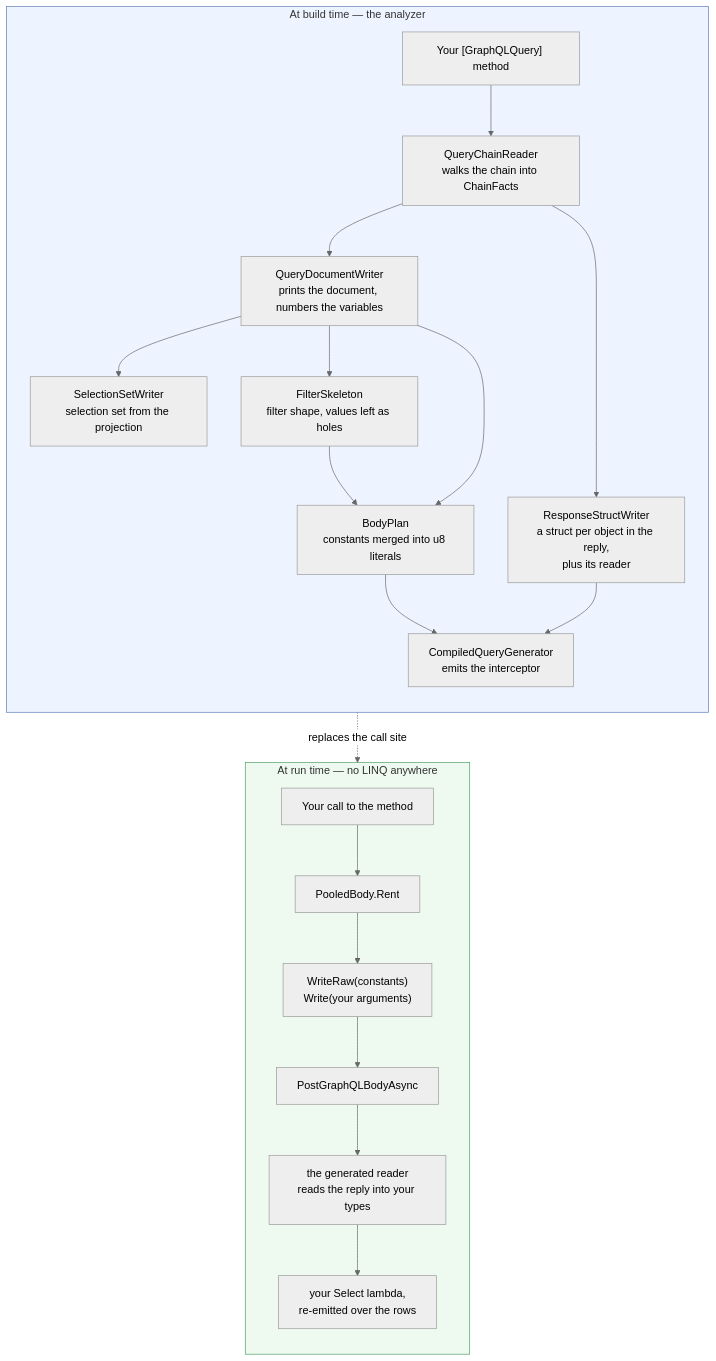
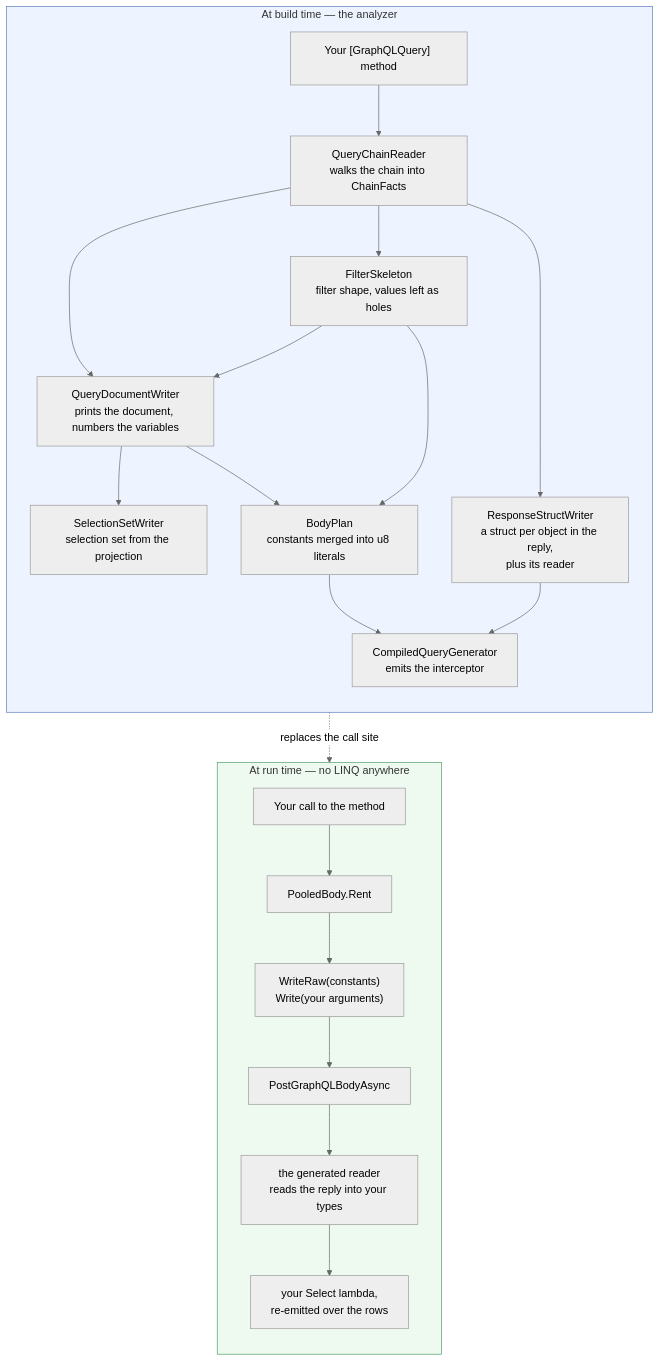
One commit to robotgryphon/Feather.GraphQL changed the diagram in README.md. Above: the diagram before and after it, drawn with Mermaid (neutral theme). The commit also changed other lines of this file and 14 other files, not shown here.

````diff
--- a/README.md
+++ b/README.md
@@ -125,40 +128,41 @@
 ```mermaid
 flowchart TD
     subgraph build["At build time — the analyzer"]
         direction TB
         SRC["Your [GraphQLQuery] method"]
         READ["QueryChainReader<br/>walks the chain into ChainFacts"]
         DOC["QueryDocumentWriter<br/>prints the document, numbers the variables"]
         SEL["SelectionSetWriter<br/>selection set from the projection"]
         FIL["FilterSkeleton<br/>filter shape, values left as holes"]
         REPLY["ResponseStructWriter<br/>a struct per object in the reply,<br/>plus its reader"]
         BODY["BodyPlan<br/>constants merged into u8 literals"]
         EMIT["CompiledQueryGenerator<br/>emits the interceptor"]
 
         SRC --> READ --> DOC
+        READ --> FIL
         DOC --> SEL
-        DOC --> FIL
+        FIL --> DOC
         READ --> REPLY
         DOC --> BODY
         FIL --> BODY
         REPLY --> EMIT
         BODY --> EMIT
     end
 
     EMIT -.replaces the call site.-> CALL
 
     subgraph run["At run time — no LINQ anywhere"]
         direction TB
         CALL["Your call to the method"]
         RENT["PooledBody.Rent"]
         WRITE["WriteRaw(constants)<br/>Write(your arguments)"]
         POST["PostGraphQLBodyAsync"]
         PARSE["the generated reader<br/>reads the reply into your types"]
         SHAPE["your Select lambda,<br/>re-emitted over the rows"]
 
         CALL --> RENT --> WRITE --> POST --> PARSE --> SHAPE
     end
 
     style build fill:#eef4ff,stroke:#5b7cbe
     style run fill:#eefaf0,stroke:#4f9d69
 ```
````
